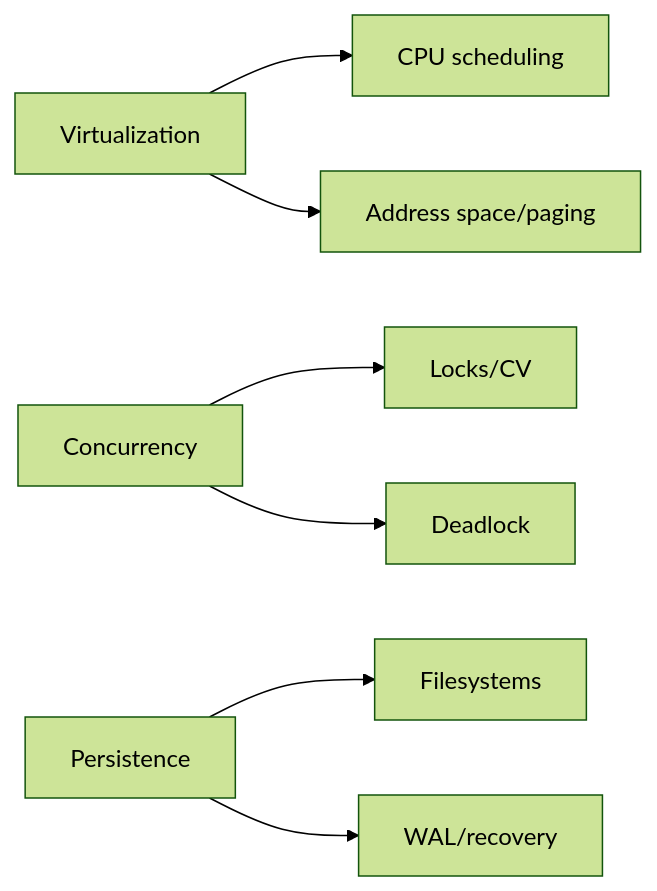
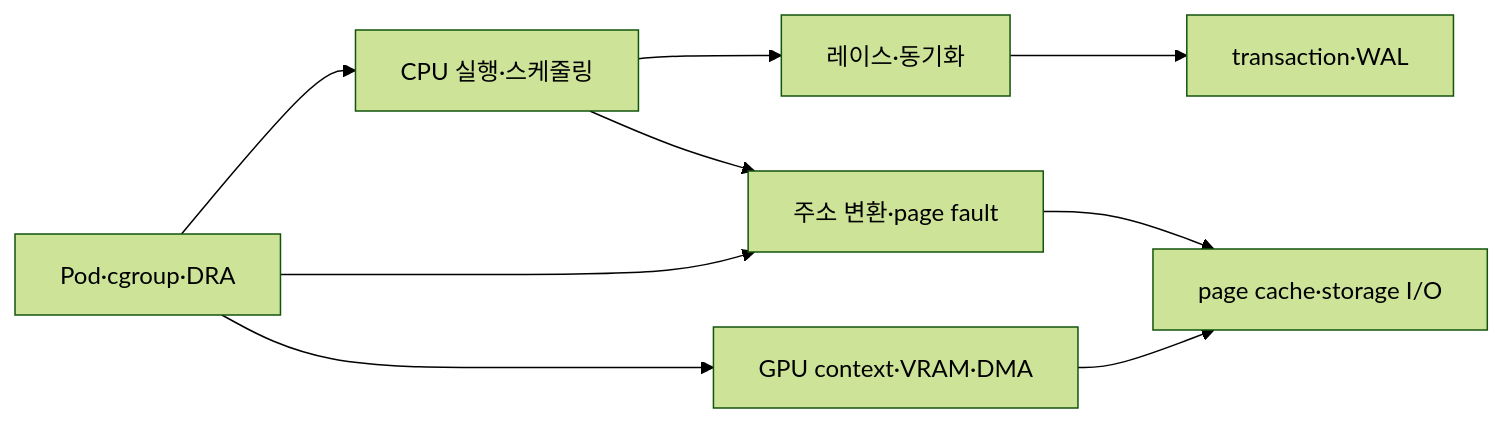
The third of 3 diagrams in learning/operating-systems/13-exercises-and-glossary.md (mj006648/netai-devsecops-runbook), drawn with Mermaid (forest theme) before and after one commit. The commit also changed other lines of this file and 55 other files, not shown here.

````diff
--- a/learning/operating-systems/13-exercises-and-glossary.md
+++ b/learning/operating-systems/13-exercises-and-glossary.md
@@ -190,9 +332,11 @@
 ```mermaid
 flowchart LR
-    V[Virtualization] --> CPU[CPU scheduling]
-    V --> MEM[Address space/paging]
-    C[Concurrency] --> SYNC[Locks/CV]
-    C --> DEAD[Deadlock]
-    P[Persistence] --> FS[Filesystems]
-    P --> WAL[WAL/recovery]
+    CPU[CPU 실행·스케줄링] --> CON[레이스·동기화]
+    CON --> DB[transaction·WAL]
+    CPU --> MEM[주소 변환·page fault]
+    MEM --> IO[page cache·storage I/O]
+    K8S[Pod·cgroup·DRA] --> CPU
+    K8S --> MEM
+    K8S --> GPU[GPU context·VRAM·DMA]
+    GPU --> IO
 ```
````
